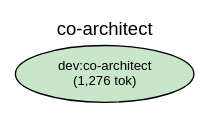
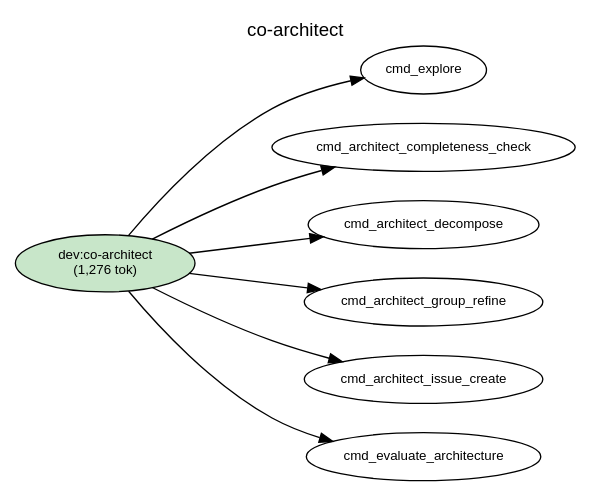
Before and after one commit to shuu5/twill: the diagram in plugins/dev/docs/deps-co-architect.dot, drawn with Graphviz. The commit also changed 73 other files, not shown here.

```diff
--- a/plugins/dev/docs/deps-co-architect.dot
+++ b/plugins/dev/docs/deps-co-architect.dot
@@ -1,37 +1,43 @@
 digraph Dependencies {
     // Graph settings
     rankdir=LR;
     ranksep=0.8;
     nodesep=0.3;
     fontname="Helvetica";
     node [fontname="Helvetica", fontsize=10];
     edge [fontname="Helvetica", fontsize=9];
     label="co-architect";
     labelloc=t;
     fontsize=14;
 
     // L0: Controller Skills
     skill_co_architect [label="dev:co-architect\n(1,276 tok)", shape=ellipse, style=filled, fillcolor="#c8e6c9"];
 
     // L0: Launchers
 
     // L0.5: Workflow Skills
 
     // Reference Skills
 
     // L1: Direct Commands
 
     // L2: Sub Commands
 
     // L3: Agents
 
     // L3.5: Scripts
 
     // L4: External
 
     // Layer constraints
     { rank=same; skill_co_architect; }
 
     // Edges
+    skill_co_architect -> cmd_explore;
+    skill_co_architect -> cmd_architect_completeness_check;
+    skill_co_architect -> cmd_architect_decompose;
+    skill_co_architect -> cmd_architect_group_refine;
+    skill_co_architect -> cmd_architect_issue_create;
+    skill_co_architect -> cmd_evaluate_architecture;
 
 }
```
